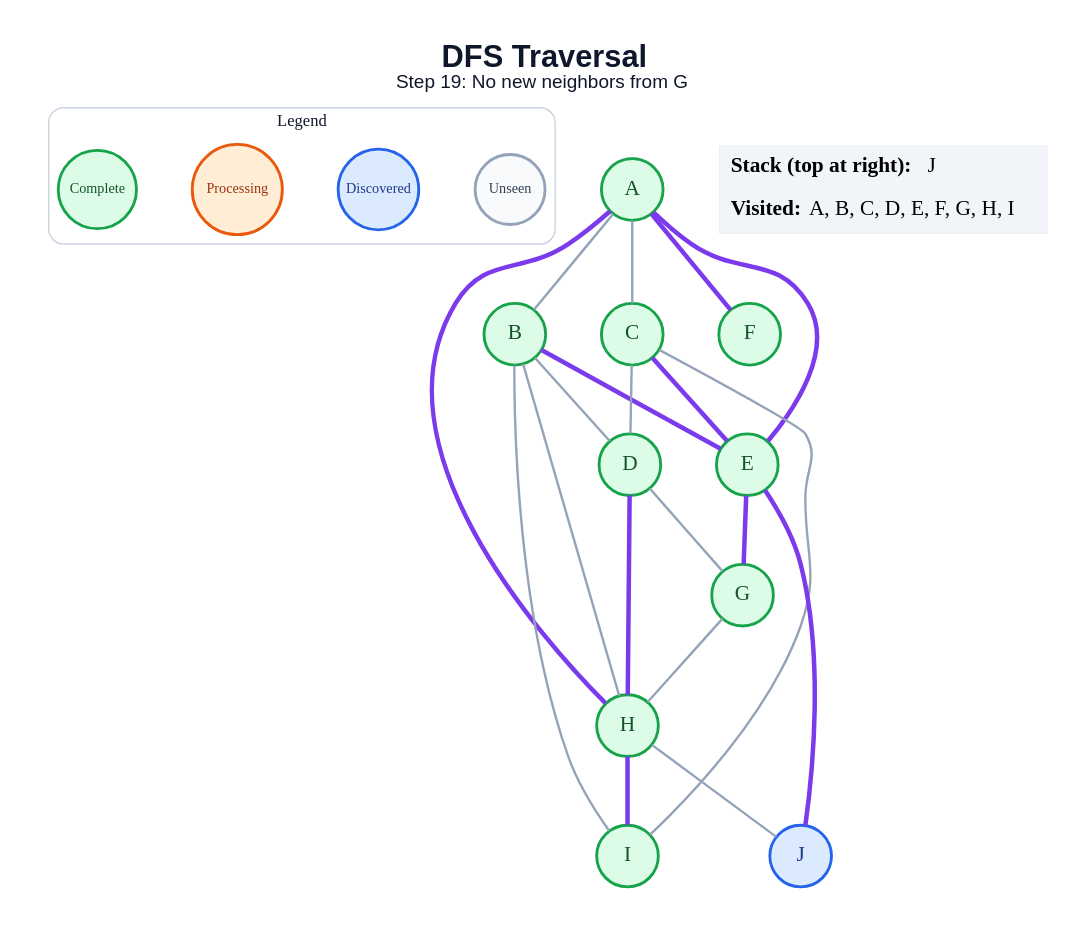
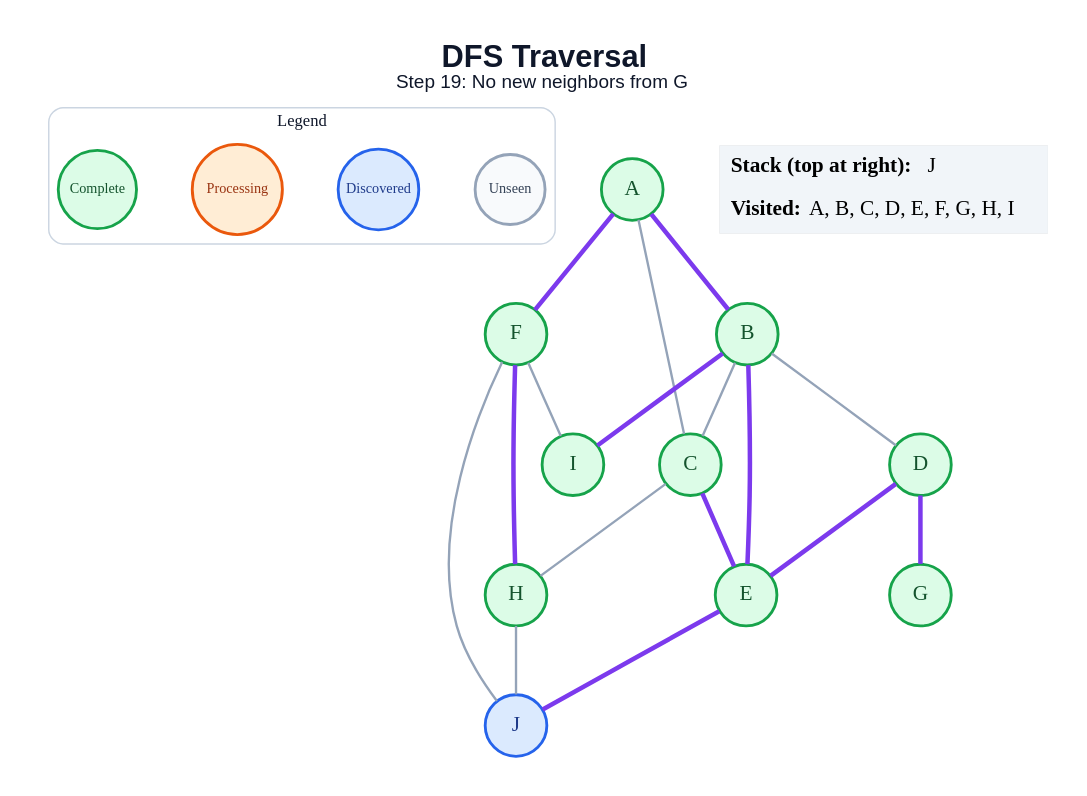
Before and after one commit to anon7238593-create/ai-slop: the diagram in generated/specific-node/dfs/step_19.dot, drawn with Graphviz. The commit also changed 171 other files, not shown here.

```diff
--- a/generated/specific-node/dfs/step_19.dot
+++ b/generated/specific-node/dfs/step_19.dot
@@ -1,48 +1,45 @@
 graph traversal {
   graph [layout=dot, rankdir=TB, bgcolor="#FFFFFF", pad="0.35", nodesep="0.65", ranksep="0.8", fontname="Arial"];
   node [shape=circle, style="filled", fontname="Arial Bold", fontsize=18, width=0.72, fixedsize=true, penwidth=2.4];
   edge [color="#94A3B8", penwidth=2.0];
   label=<<B>DFS Traversal</B><BR/><FONT POINT-SIZE="16">Step 19: No new neighbors from G</FONT>>; labelloc="t"; fontsize=26; fontname="Arial"; fontcolor="#0F172A";
   subgraph cluster_legend { label="Legend"; color="#CBD5E1"; penwidth=1.2; style="rounded"; fontsize=14; fontname="Arial Bold";
     key_unseen [label="Unseen", fillcolor="#F8FAFC", color="#94A3B8", fontcolor="#334155", fontsize=12, width=0.82];
     key_frontier [label="Discovered", fillcolor="#DBEAFE", color="#2563EB", fontcolor="#1E3A8A", fontsize=12, width=0.95];
     key_current [label="Processing", fillcolor="#FFEDD5", color="#EA580C", fontcolor="#9A3412", fontsize=12, width=1.05];
     key_done [label="Complete", fillcolor="#DCFCE7", color="#16A34A", fontcolor="#14532D", fontsize=12, width=0.92];
     { rank=same; key_unseen; key_frontier; key_current; key_done; }
   }
   A [fillcolor="#DCFCE7", color="#16A34A", fontcolor="#14532D"];
   B [fillcolor="#DCFCE7", color="#16A34A", fontcolor="#14532D"];
   C [fillcolor="#DCFCE7", color="#16A34A", fontcolor="#14532D"];
   D [fillcolor="#DCFCE7", color="#16A34A", fontcolor="#14532D"];
   E [fillcolor="#DCFCE7", color="#16A34A", fontcolor="#14532D"];
   F [fillcolor="#DCFCE7", color="#16A34A", fontcolor="#14532D"];
   G [fillcolor="#DCFCE7", color="#16A34A", fontcolor="#14532D"];
   H [fillcolor="#DCFCE7", color="#16A34A", fontcolor="#14532D"];
   I [fillcolor="#DCFCE7", color="#16A34A", fontcolor="#14532D"];
   J [fillcolor="#DBEAFE", color="#2563EB", fontcolor="#1E3A8A"];
-  A -- B;
+  A -- B [color="#7C3AED", penwidth=3.8];
   A -- C;
-  A -- E [color="#7C3AED", penwidth=3.8];
   A -- F [color="#7C3AED", penwidth=3.8];
-  A -- H [color="#7C3AED", penwidth=3.8];
+  B -- C;
   B -- D;
   B -- E [color="#7C3AED", penwidth=3.8];
-  B -- H;
-  B -- I;
-  C -- D;
+  B -- I [color="#7C3AED", penwidth=3.8];
   C -- E [color="#7C3AED", penwidth=3.8];
-  C -- I;
-  D -- G;
-  D -- H [color="#7C3AED", penwidth=3.8];
-  E -- G [color="#7C3AED", penwidth=3.8];
+  C -- H;
+  D -- E [color="#7C3AED", penwidth=3.8];
+  D -- G [color="#7C3AED", penwidth=3.8];
   E -- J [color="#7C3AED", penwidth=3.8];
-  G -- H;
-  H -- I [color="#7C3AED", penwidth=3.8];
+  F -- H [color="#7C3AED", penwidth=3.8];
+  F -- I;
+  F -- J;
   H -- J;
   status [shape=plain, fixedsize=false, width=0, height=0, margin=0, label=<
     <TABLE BORDER="0" CELLBORDER="0" CELLPADDING="7" BGCOLOR="#F1F5F9">
       <TR><TD ALIGN="LEFT"><B>Stack (top at right):</B> J</TD></TR>
       <TR><TD ALIGN="LEFT"><B>Visited:</B> A, B, C, D, E, F, G, H, I</TD></TR>
     </TABLE>
   >];
 }
```
